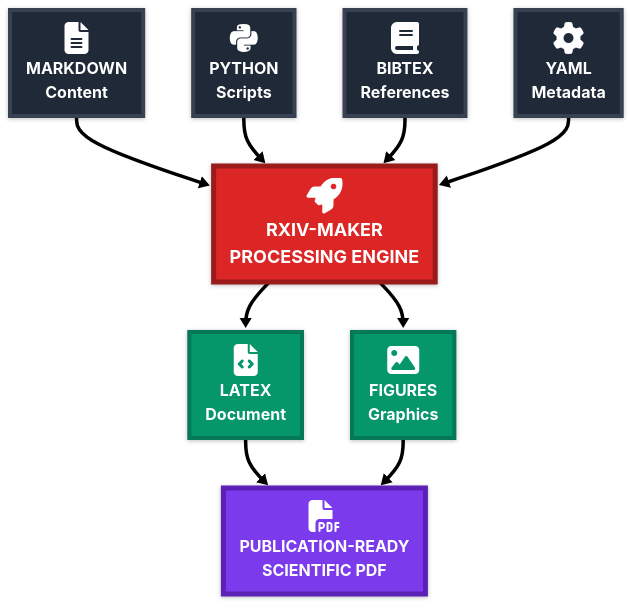
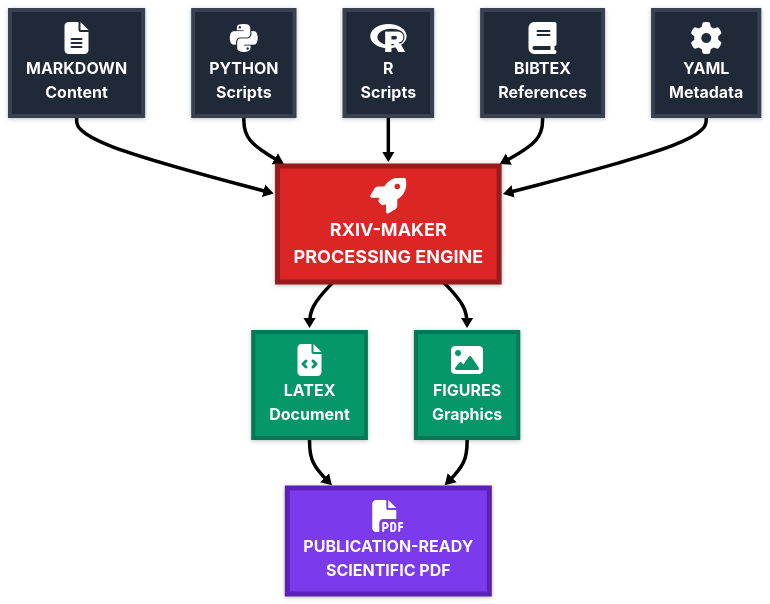
The diagram in EXAMPLE_MANUSCRIPT/FIGURES/Figure_1.mmd (paxcalpt/rxiv-maker), drawn with Mermaid before and after one commit. The commit also changed 7 other files, not shown here.

```diff
--- a/EXAMPLE_MANUSCRIPT/FIGURES/Figure_1.mmd
+++ b/EXAMPLE_MANUSCRIPT/FIGURES/Figure_1.mmd
@@ -1,36 +1,38 @@
 ---
 config:
   look: neo
   theme: neo
 ---
 flowchart TD
     A["<i class='fas fa-file-alt fa-2x'></i><br/><b>MARKDOWN</b><br/>Content"]
     B["<i class='fab fa-python fa-2x'></i><br/><b>PYTHON</b><br/>Scripts"]
+    I["<i class='fab fa-r-project fa-2x'></i><br/><b>R</b><br/>Scripts"]
     C["<i class='fas fa-book fa-2x'></i><br/><b>BIBTEX</b><br/>References"]
     D["<i class='fas fa-cog fa-2x'></i><br/><b>YAML</b><br/>Metadata"]
 
     E["<i class='fas fa-rocket fa-2x'></i><br/><b>RXIV-MAKER</b><br/>PROCESSING ENGINE"]
 
     F["<i class='fas fa-file-code fa-2x'></i><br/><b>LATEX</b><br/>Document"]
     G["<i class='fas fa-image fa-2x'></i><br/><b>FIGURES</b><br/>Graphics"]
 
     H["<i class='fas fa-file-pdf fa-2x'></i><br/><b>PUBLICATION-READY</b><br/>SCIENTIFIC PDF"]
 
     A ==> E
     B ==> E
+    I ==> E
     C ==> E
     D ==> E
     E ==> F
     E ==> G
     F ==> H
     G ==> H
 
     classDef input fill:#1f2937,stroke:#374151,stroke-width:4px,color:#ffffff,font-weight:bold,font-size:16px
     classDef engine fill:#dc2626,stroke:#991b1b,stroke-width:5px,color:#ffffff,font-weight:bold,font-size:18px
     classDef output fill:#059669,stroke:#047857,stroke-width:4px,color:#ffffff,font-weight:bold,font-size:16px
     classDef final fill:#7c3aed,stroke:#5b21b6,stroke-width:5px,color:#ffffff,font-weight:bold,font-size:16px
 
-    class A,B,C,D input
+    class A,B,C,D,I input
     class E engine
     class F,G output
     class H final
```
